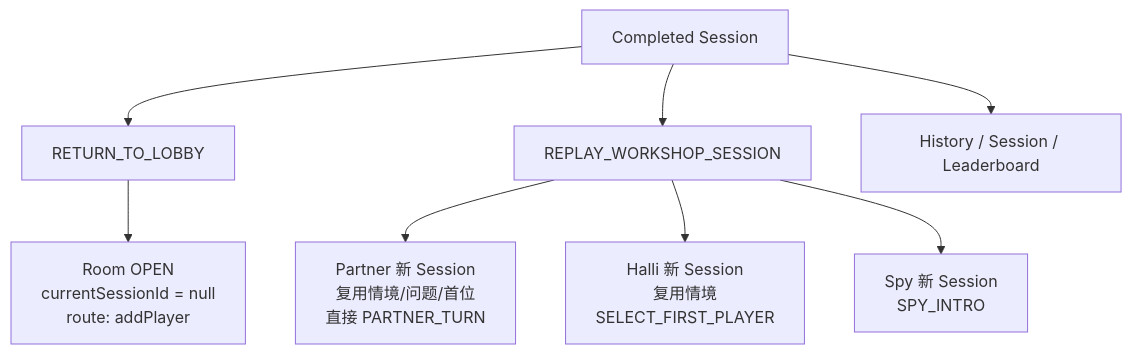
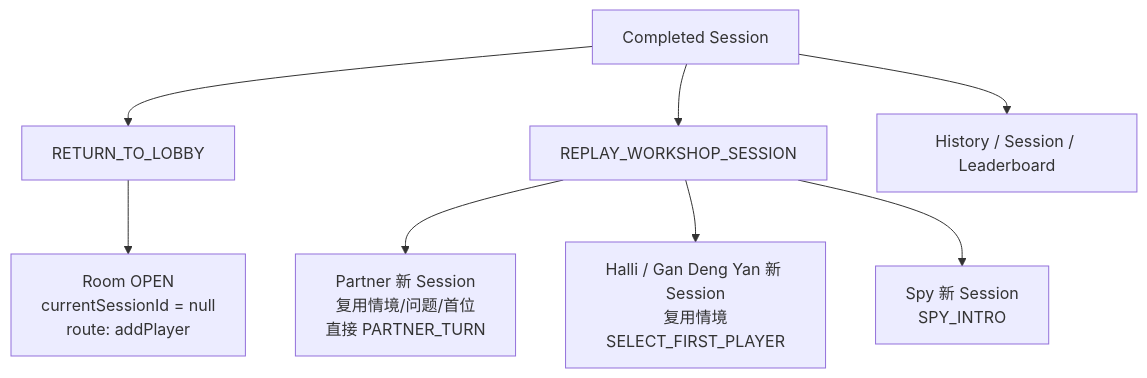
Before and after one commit to Bubble-419/cardboard-miniprogram: diagram 17 of 19 in docs/ROOM_BUSINESS_FLOWS.md, drawn with Mermaid. The commit also changed other lines of this file and 49 other files, not shown here.

Commit message:
feat: refine room flows and interaction feedback

````diff
--- a/docs/ROOM_BUSINESS_FLOWS.md
+++ b/docs/ROOM_BUSINESS_FLOWS.md
@@ -580,18 +590,18 @@
 ```mermaid
 flowchart TD
   DONE[Completed Session]
   RETURN[RETURN_TO_LOBBY]
   REPLAY[REPLAY_WORKSHOP_SESSION]
   LOBBY[Room OPEN<br/>currentSessionId = null<br/>route: addPlayer]
   P[Partner 新 Session<br/>复用情境/问题/首位<br/>直接 PARTNER_TURN]
-  H[Halli 新 Session<br/>复用情境<br/>SELECT_FIRST_PLAYER]
+  H[Halli / Gan Deng Yan 新 Session<br/>复用情境<br/>SELECT_FIRST_PLAYER]
   S[Spy 新 Session<br/>SPY_INTRO]
   HISTORY[History / Session / Leaderboard]
 
   DONE --> RETURN --> LOBBY
   DONE --> REPLAY
   REPLAY --> P
   REPLAY --> H
   REPLAY --> S
   DONE --> HISTORY
 ```
````
